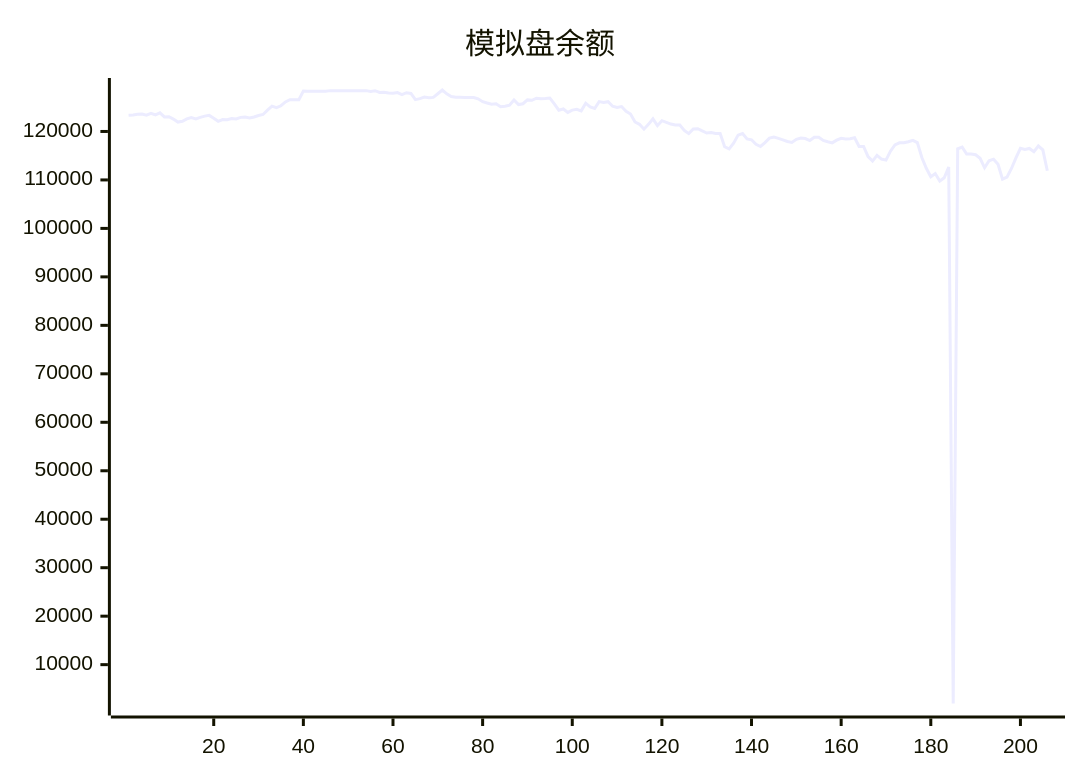
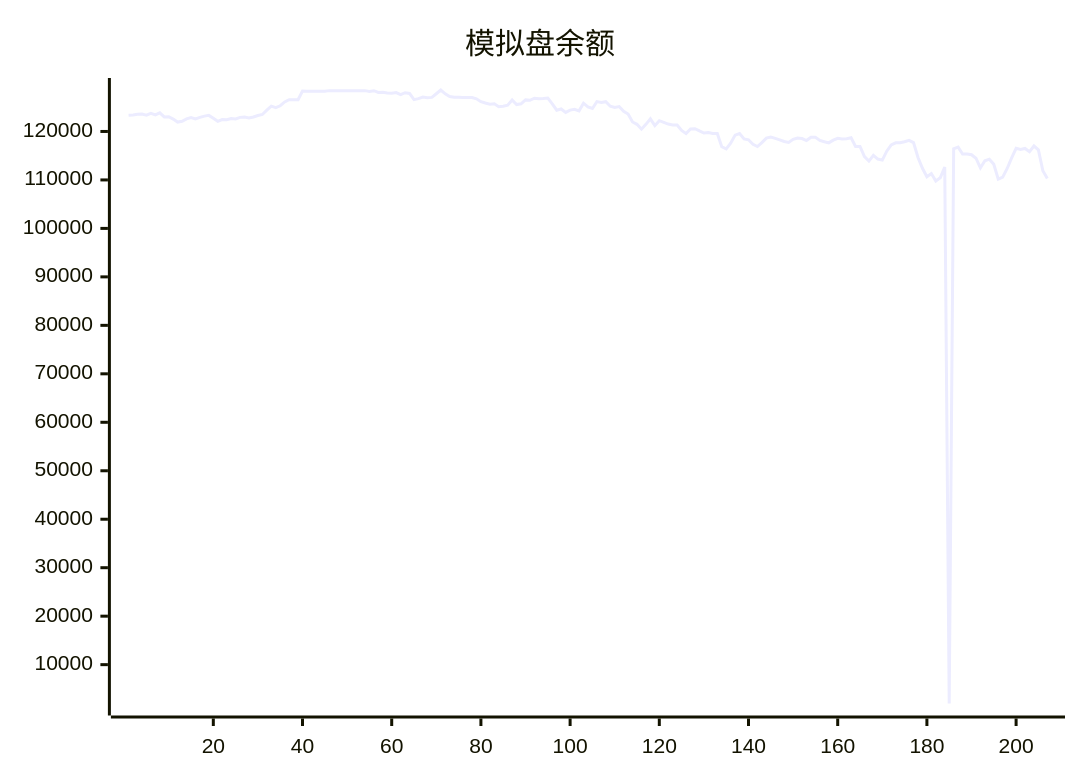
One commit to aahl/ai-trading changed the diagram in README.md. Above: the diagram before and after it, drawn with Mermaid. The commit also changed other lines of this file and 1 other file, not shown here.

````diff
--- a/README.md
+++ b/README.md
@@ -5,5 +5,5 @@
 ```mermaid
 xychart
     title "模拟盘余额"
-    line [123338,123402,123530,123592,123378,123745,123413,123853,123009,123040,122557,121938,122095,122599,122856,122597,122898,123160,123319,122719,122087,122454,122416,122685,122592,122907,122961,122776,122981,123295,123507,124403,125224,124894,125303,126088,126544,126534,126549,128335,128318,128318,128318,128318,128318,128424,128424,128424,128424,128424,128424,128424,128424,128424,128247,128412,128062,128087,127917,127901,128026,127611,128000,127850,126572,126770,127100,126971,127029,127783,128554,127765,127224,127064,127044,127009,127025,127004,126738,126152,125871,125635,125707,125117,125217,125420,126480,125545,125715,126511,126424,126856,126764,126788,126890,125710,124381,124632,123936,124402,124574,124256,125833,125070,124739,126154,125966,126145,125213,124943,125143,124157,123604,121959,121476,120476,121470,122610,121201,122221,121889,121522,121332,121344,120232,119559,120513,120577,120108,119680,119777,119572,119568,116839,116392,117573,119250,119585,118469,118277,117338,116897,117706,118628,118849,118579,118280,117926,117735,118373,118639,118544,118136,118798,118819,118162,117874,117649,118215,118601,118463,118517,118713,116911,116899,114798,113887,115084,114313,114091,115934,117221,117658,117658,117883,118164,117693,114632,112403,110644,111313,109777,110444,112673,1984,116419,116772,115355,115355,115198,114476,112510,113954,114276,113223,110151,110561,112361,114562,116522,116265,116500,115845,117000,116199,111887]
+    line [123338,123402,123530,123592,123378,123745,123413,123853,123009,123040,122557,121938,122095,122599,122856,122597,122898,123160,123319,122719,122087,122454,122416,122685,122592,122907,122961,122776,122981,123295,123507,124403,125224,124894,125303,126088,126544,126534,126549,128335,128318,128318,128318,128318,128318,128424,128424,128424,128424,128424,128424,128424,128424,128424,128247,128412,128062,128087,127917,127901,128026,127611,128000,127850,126572,126770,127100,126971,127029,127783,128554,127765,127224,127064,127044,127009,127025,127004,126738,126152,125871,125635,125707,125117,125217,125420,126480,125545,125715,126511,126424,126856,126764,126788,126890,125710,124381,124632,123936,124402,124574,124256,125833,125070,124739,126154,125966,126145,125213,124943,125143,124157,123604,121959,121476,120476,121470,122610,121201,122221,121889,121522,121332,121344,120232,119559,120513,120577,120108,119680,119777,119572,119568,116839,116392,117573,119250,119585,118469,118277,117338,116897,117706,118628,118849,118579,118280,117926,117735,118373,118639,118544,118136,118798,118819,118162,117874,117649,118215,118601,118463,118517,118713,116911,116899,114798,113887,115084,114313,114091,115934,117221,117658,117658,117883,118164,117693,114632,112403,110644,111313,109777,110444,112673,1984,116419,116772,115355,115355,115198,114476,112510,113954,114276,113223,110151,110561,112361,114562,116522,116265,116500,115845,117000,116199,111887,110306]
 ```
````
